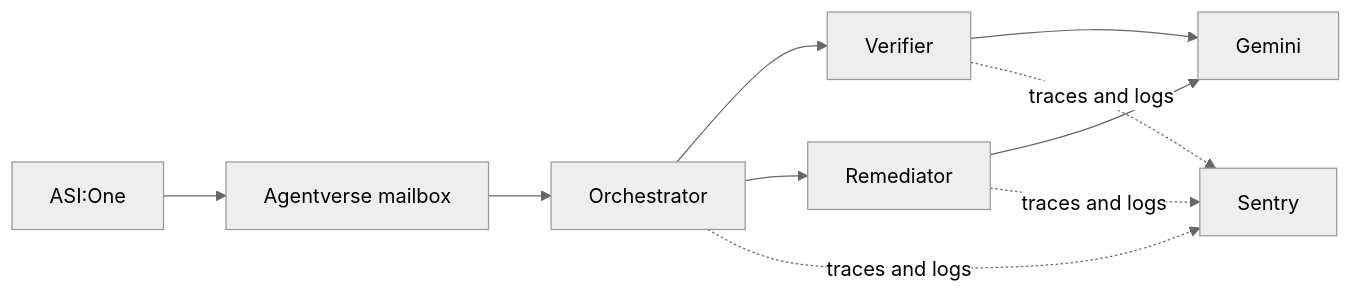
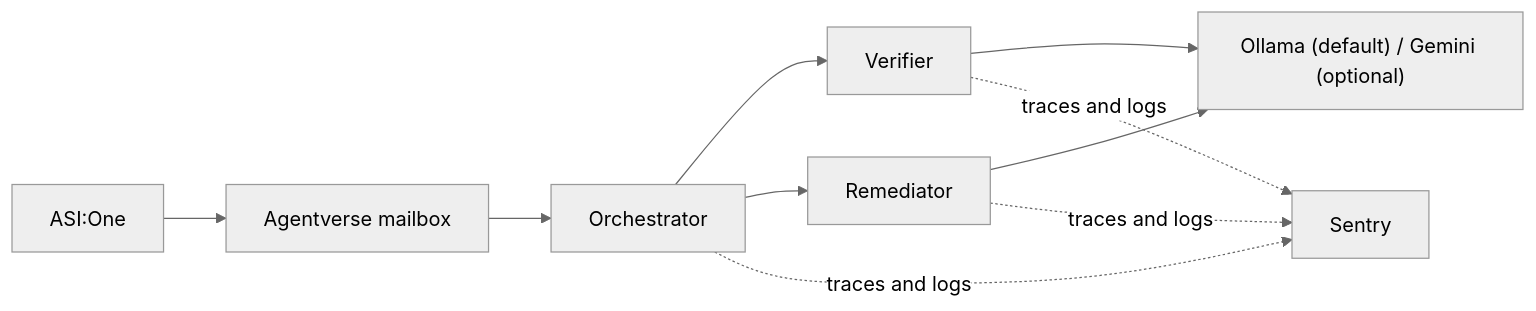
One commit to Rathish-Rajendran/AdProof changed the diagram in README.md. Above: the diagram before and after it, drawn with Mermaid (neutral theme). The commit also changed other lines of this file and 7 other files, not shown here.

````diff
--- a/README.md
+++ b/README.md
@@ -7,12 +7,12 @@
 ```mermaid
 flowchart LR
     A[ASI:One] --> B[Agentverse mailbox]
     B --> C[Orchestrator]
     C --> D[Verifier]
     C --> E[Remediator]
-    D --> F[Gemini]
+    D --> F["Ollama (default) / Gemini (optional)"]
     E --> F
     C -. traces and logs .-> G[Sentry]
     D -. traces and logs .-> G
     E -. traces and logs .-> G
 ```
````
